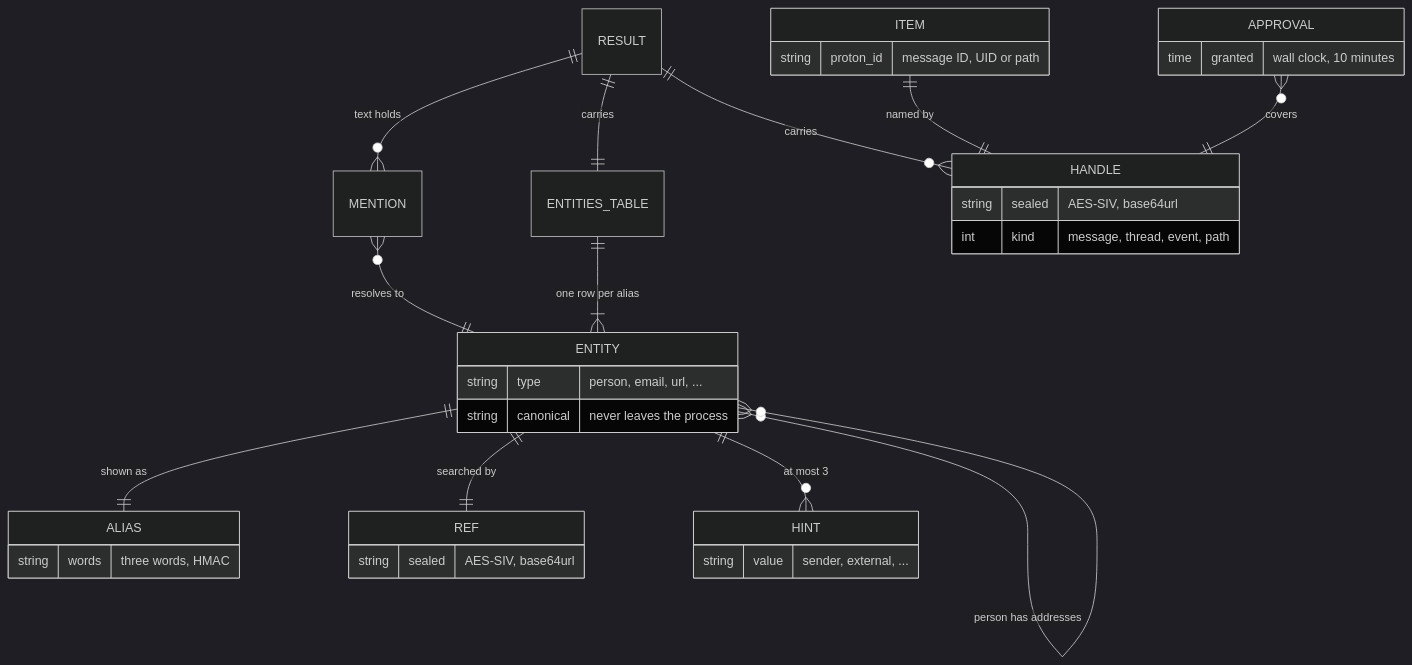
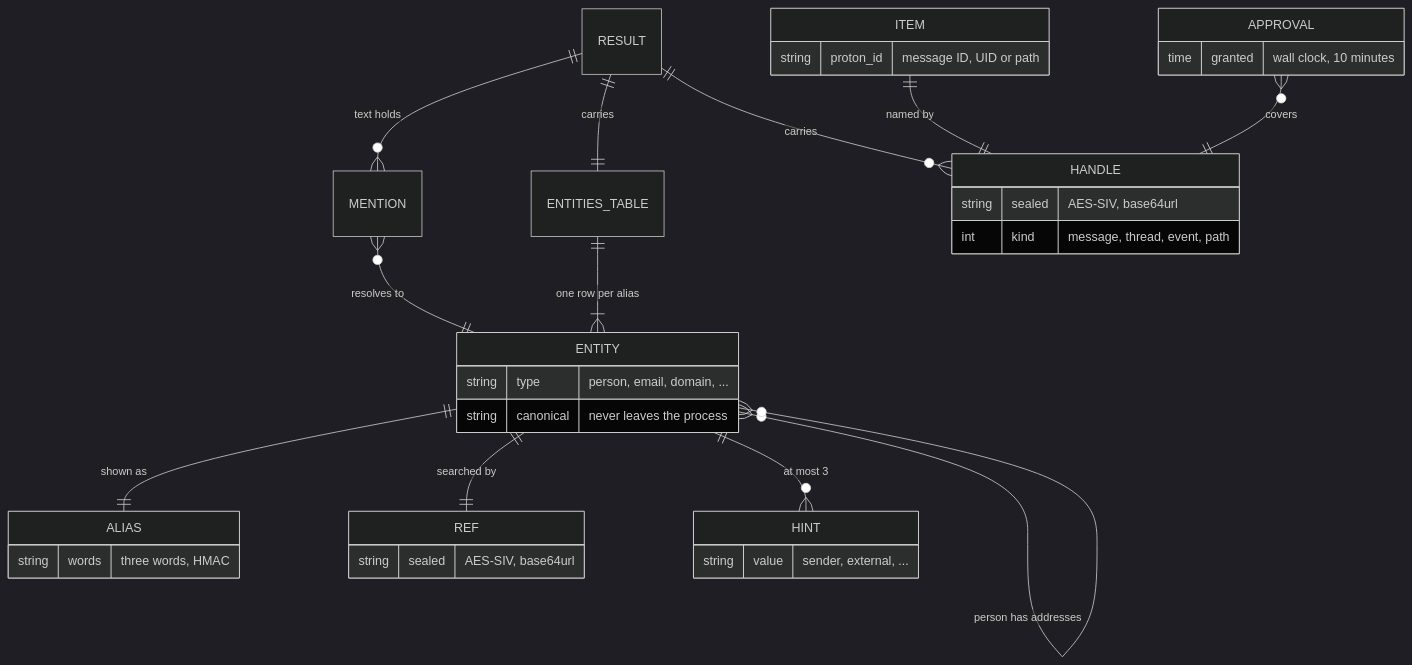
One commit to matt-w-horn/protonctl changed the third of 11 diagrams in docs/rfc-0001/lld-privacy-layer.md. Above: the diagram before and after it, drawn with Mermaid (dark theme). The commit also changed other lines of this file and 60 other files, not shown here.

````diff
--- a/docs/rfc-0001/lld-privacy-layer.md
+++ b/docs/rfc-0001/lld-privacy-layer.md
@@ -304,39 +304,39 @@
 ```mermaid
 erDiagram
     direction TB
     RESULT ||--|| ENTITIES_TABLE : carries
     RESULT ||--o{ MENTION : "text holds"
     RESULT ||--o{ HANDLE : carries
     MENTION }o--|| ENTITY : "resolves to"
     ENTITIES_TABLE ||--|{ ENTITY : "one row per alias"
     ENTITY ||--|| ALIAS : "shown as"
     ENTITY ||--|| REF : "searched by"
     ENTITY ||--o{ HINT : "at most 3"
     ENTITY }o--o{ ENTITY : "person has addresses"
     ITEM ||--|| HANDLE : "named by"
     APPROVAL }o--|| HANDLE : covers
 
     ENTITY {
-        string type "person, email, url, ..."
+        string type "person, email, domain, ..."
         string canonical "never leaves the process"
     }
     ALIAS {
         string words "three words, HMAC"
     }
     REF {
         string sealed "AES-SIV, base64url"
     }
     HANDLE {
         string sealed "AES-SIV, base64url"
         int kind "message, thread, event, path"
     }
     HINT {
         string value "sender, external, ..."
     }
     ITEM {
         string proton_id "message ID, UID or path"
     }
     APPROVAL {
         time granted "wall clock, 10 minutes"
     }
 ```
````
